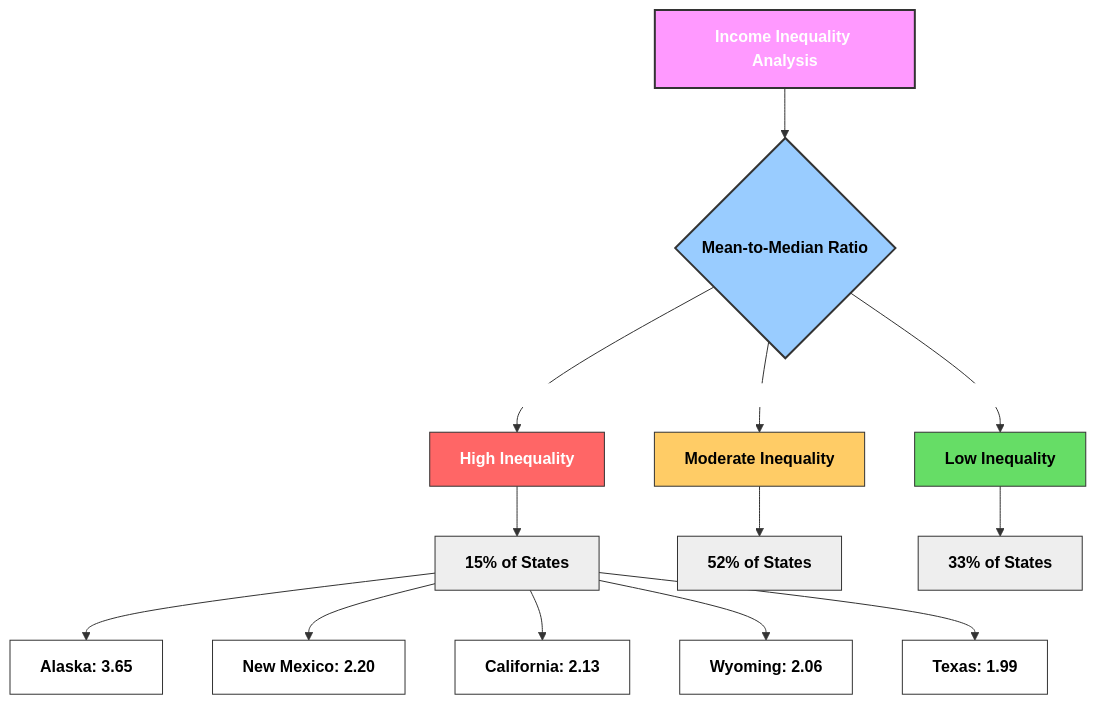
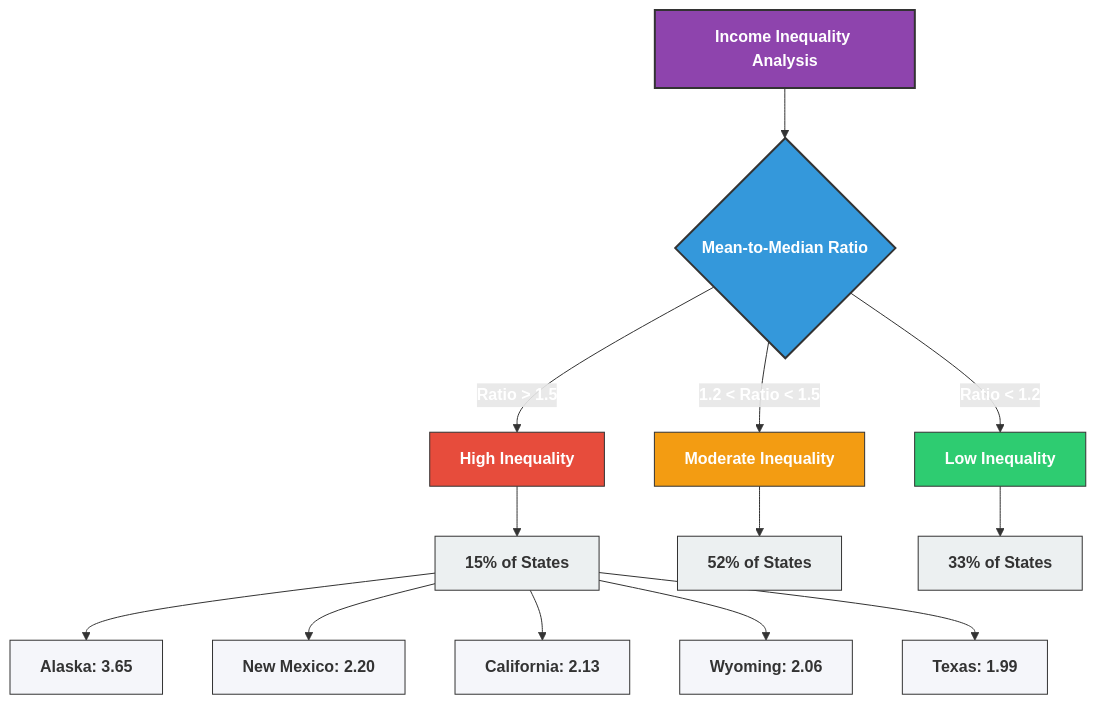
The eighth of 10 diagrams in us-household-income-analysis/README.md (tzolkowski96/tzolkowski96), drawn with Mermaid before and after one commit. The commit also changed other lines of this file, not shown here.

````diff
--- a/us-household-income-analysis/README.md
+++ b/us-household-income-analysis/README.md
@@ -902,33 +880,26 @@
 ```mermaid
-%%{init: {'theme': 'base', 'themeVariables': { 'primaryColor': '#f9f', 'primaryTextColor': '#fff', 'primaryBorderColor': '#c6c', 'lineColor': '#333', 'edgeLabelBackground': '#fff', 'nodeTextColor': '#333', 'tertiaryColor': '#fff' }}}%%
-
 graph TD
-    %% Main nodes
     A[Income Inequality Analysis]:::root --> B{Mean-to-Median Ratio}:::decision
     
-    %% Decision branches
     B -->|Ratio > 1.5| C[High Inequality]:::high
     B -->|1.2 < Ratio < 1.5| D[Moderate Inequality]:::moderate
     B -->|Ratio < 1.2| E[Low Inequality]:::low
     
-    %% Percentage distributions
     C --> F[15% of States]:::pct
     D --> G[52% of States]:::pct
     E --> H[33% of States]:::pct
     
-    %% Examples of high inequality states
     F --> I[Alaska: 3.65]:::example
     F --> J[New Mexico: 2.20]:::example
     F --> K[California: 2.13]:::example
     F --> L[Wyoming: 2.06]:::example
     F --> M[Texas: 1.99]:::example
     
-    %% Define styles
-    classDef root fill:#f9f,stroke:#333,stroke-width:2px,color:#fff,font-weight:bold
-    classDef decision fill:#9cf,stroke:#333,stroke-width:2px,color:#000,font-weight:bold
-    classDef high fill:#f66,stroke:#333,stroke-width:1px,color:#fff,font-weight:bold
-    classDef moderate fill:#fc6,stroke:#333,stroke-width:1px,color:#000,font-weight:bold
-    classDef low fill:#6d6,stroke:#333,stroke-width:1px,color:#000,font-weight:bold
-    classDef pct fill:#eee,stroke:#333,stroke-width:1px,color:#000
-    classDef example fill:#fff,stroke:#333,stroke-width:1px,color:#000
+    classDef root fill:#8e44ad,stroke:#333,stroke-width:2px,color:#fff,font-weight:bold
+    classDef decision fill:#3498db,stroke:#333,stroke-width:2px,color:#fff,font-weight:bold
+    classDef high fill:#e74c3c,stroke:#333,stroke-width:1px,color:#fff,font-weight:bold
+    classDef moderate fill:#f39c12,stroke:#333,stroke-width:1px,color:#fff,font-weight:bold
+    classDef low fill:#2ecc71,stroke:#333,stroke-width:1px,color:#fff,font-weight:bold
+    classDef pct fill:#ecf0f1,stroke:#333,stroke-width:1px,color:#333
+    classDef example fill:#f5f6fa,stroke:#333,stroke-width:1px,color:#333
 ```
````
